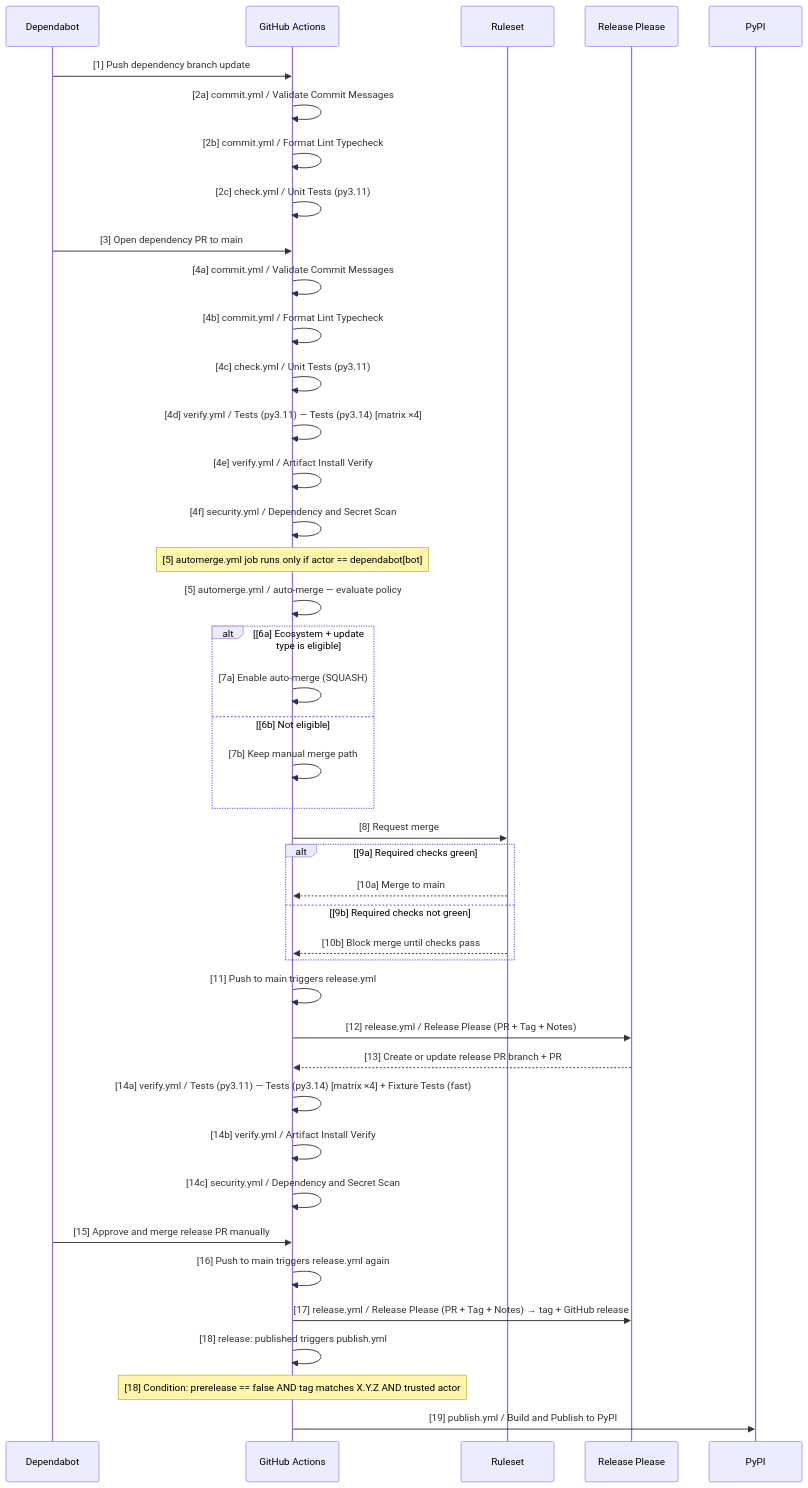
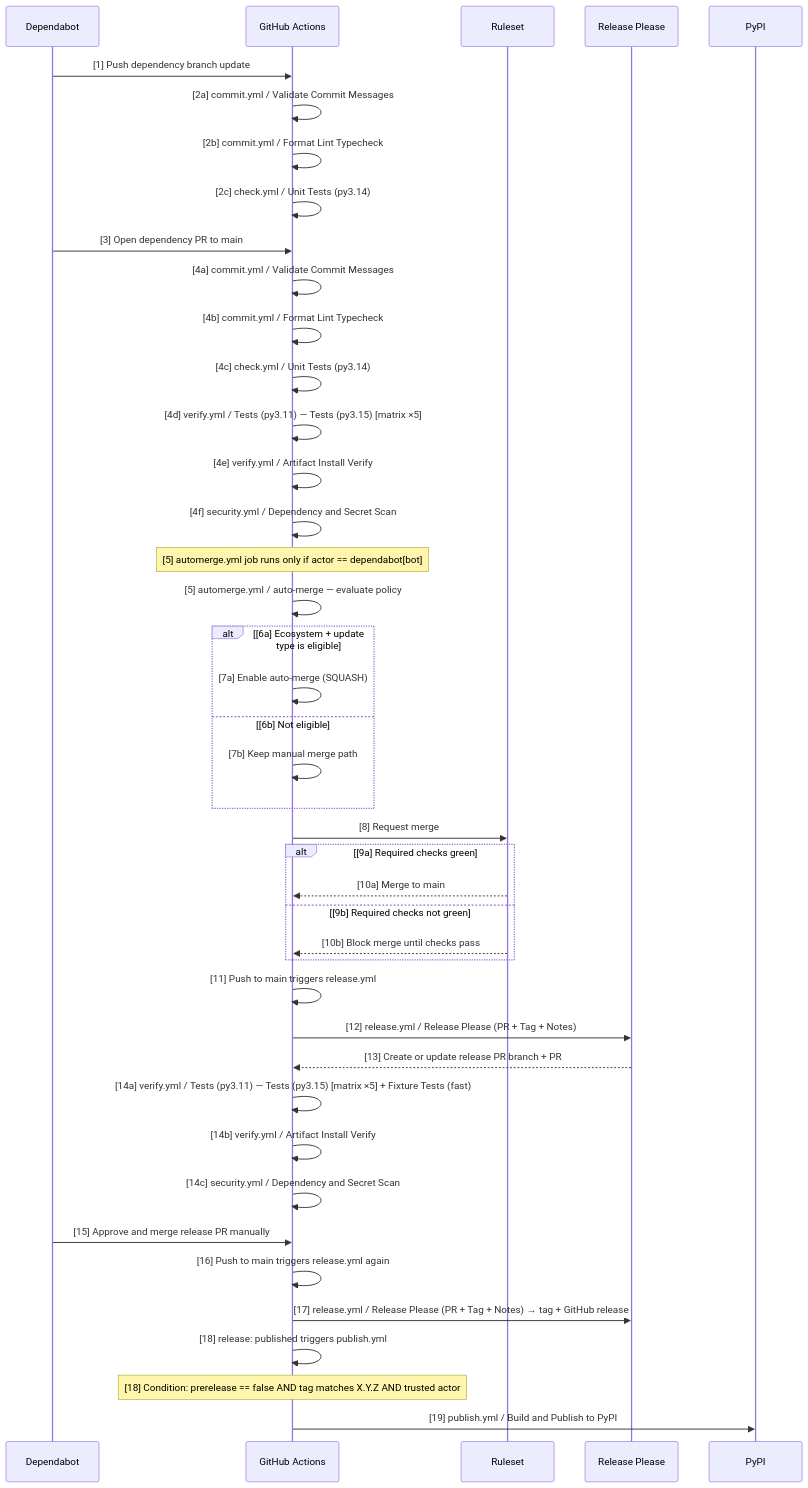
One commit to eschaar/vstack changed the second of 2 diagrams in docs/design/cicd.md. Above: the diagram before and after it, drawn with Mermaid. The commit also changed other lines of this file and 18 other files, not shown here.

````diff
--- a/docs/design/cicd.md
+++ b/docs/design/cicd.md
@@ -111,49 +111,49 @@
 ```mermaid
 sequenceDiagram
    participant DB as Dependabot
    participant GH as GitHub Actions
    participant BP as Ruleset
    participant RP as Release Please
    participant PyPI as PyPI
 
    DB->>GH: [1] Push dependency branch update
    GH->>GH: [2a] commit.yml / Validate Commit Messages
    GH->>GH: [2b] commit.yml / Format Lint Typecheck
-   GH->>GH: [2c] check.yml / Unit Tests (py3.11)
+   GH->>GH: [2c] check.yml / Unit Tests (py3.14)
 
    DB->>GH: [3] Open dependency PR to main
    GH->>GH: [4a] commit.yml / Validate Commit Messages
    GH->>GH: [4b] commit.yml / Format Lint Typecheck
-   GH->>GH: [4c] check.yml / Unit Tests (py3.11)
-   GH->>GH: [4d] verify.yml / Tests (py3.11) — Tests (py3.14) [matrix ×4]
+   GH->>GH: [4c] check.yml / Unit Tests (py3.14)
+   GH->>GH: [4d] verify.yml / Tests (py3.11) — Tests (py3.15) [matrix ×5]
    GH->>GH: [4e] verify.yml / Artifact Install Verify
    GH->>GH: [4f] security.yml / Dependency and Secret Scan
    Note over GH: [5] automerge.yml job runs only if actor == dependabot[bot]
    GH->>GH: [5] automerge.yml / auto-merge — evaluate policy
    alt [6a] Ecosystem + update type is eligible
       GH->>GH: [7a] Enable auto-merge (SQUASH)
    else [6b] Not eligible
       GH->>GH: [7b] Keep manual merge path
    end
    GH->>BP: [8] Request merge
    alt [9a] Required checks green
       BP-->>GH: [10a] Merge to main
    else [9b] Required checks not green
       BP-->>GH: [10b] Block merge until checks pass
    end
 
    GH->>GH: [11] Push to main triggers release.yml
    GH->>RP: [12] release.yml / Release Please (PR + Tag + Notes)
    RP-->>GH: [13] Create or update release PR branch + PR
-   GH->>GH: [14a] verify.yml / Tests (py3.11) — Tests (py3.14) [matrix ×4] + Fixture Tests (fast)
+   GH->>GH: [14a] verify.yml / Tests (py3.11) — Tests (py3.15) [matrix ×5] + Fixture Tests (fast)
    GH->>GH: [14b] verify.yml / Artifact Install Verify
    GH->>GH: [14c] security.yml / Dependency and Secret Scan
 
    DB->>GH: [15] Approve and merge release PR manually
    GH->>GH: [16] Push to main triggers release.yml again
    GH->>RP: [17] release.yml / Release Please (PR + Tag + Notes) → tag + GitHub release
 
    GH->>GH: [18] release: published triggers publish.yml
    Note over GH: [18] Condition: prerelease == false AND tag matches X.Y.Z AND trusted actor
    GH->>PyPI: [19] publish.yml / Build and Publish to PyPI
 ```
````
